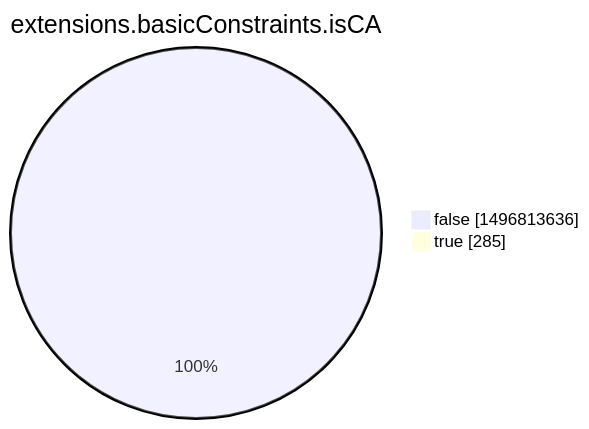
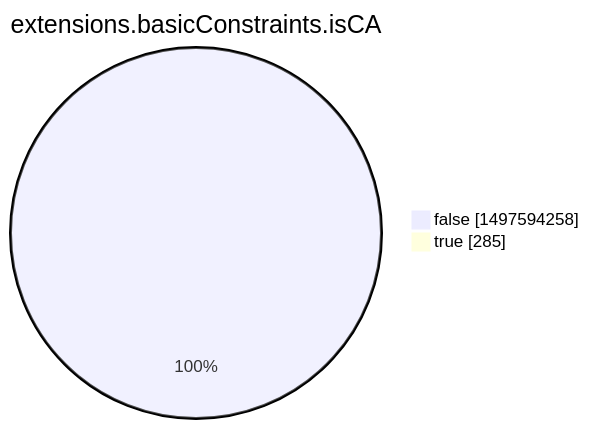
The eighth of 15 diagrams in xenon2022/README.md (christiankrug/ctmonitor_visualization), drawn with Mermaid before and after one commit. The commit also changed other lines of this file, not shown here.

````diff
--- a/xenon2022/README.md
+++ b/xenon2022/README.md
@@ -2853,6 +2853,6 @@
 ```mermaid
 pie showData
 title extensions.basicConstraints.isCA
-"false" :1496813636
+"false" :1497594258
 "true" :285
 ```
````
